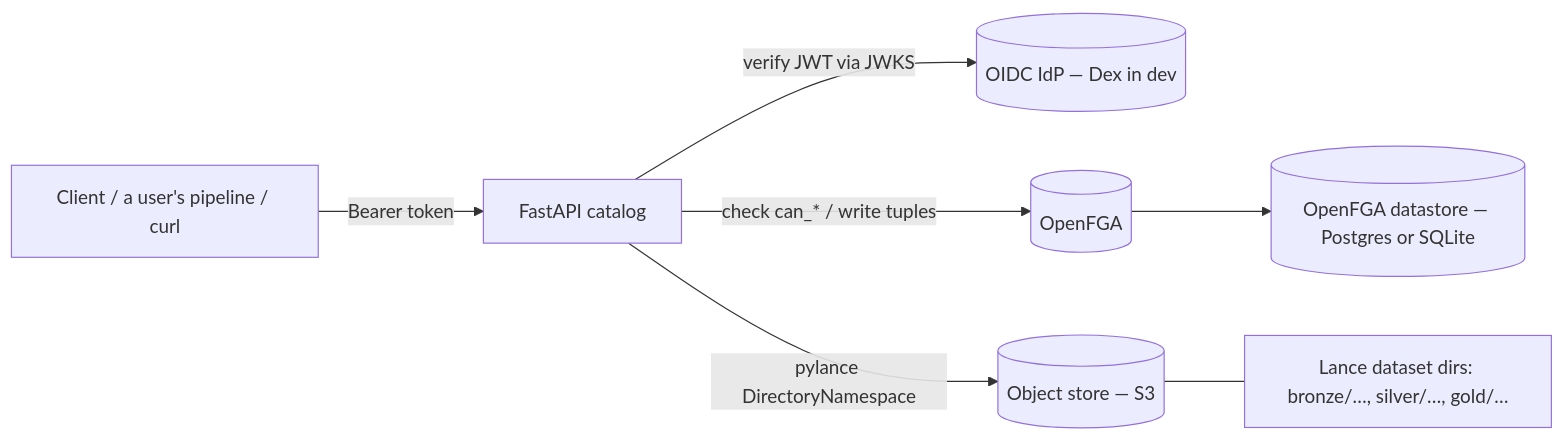
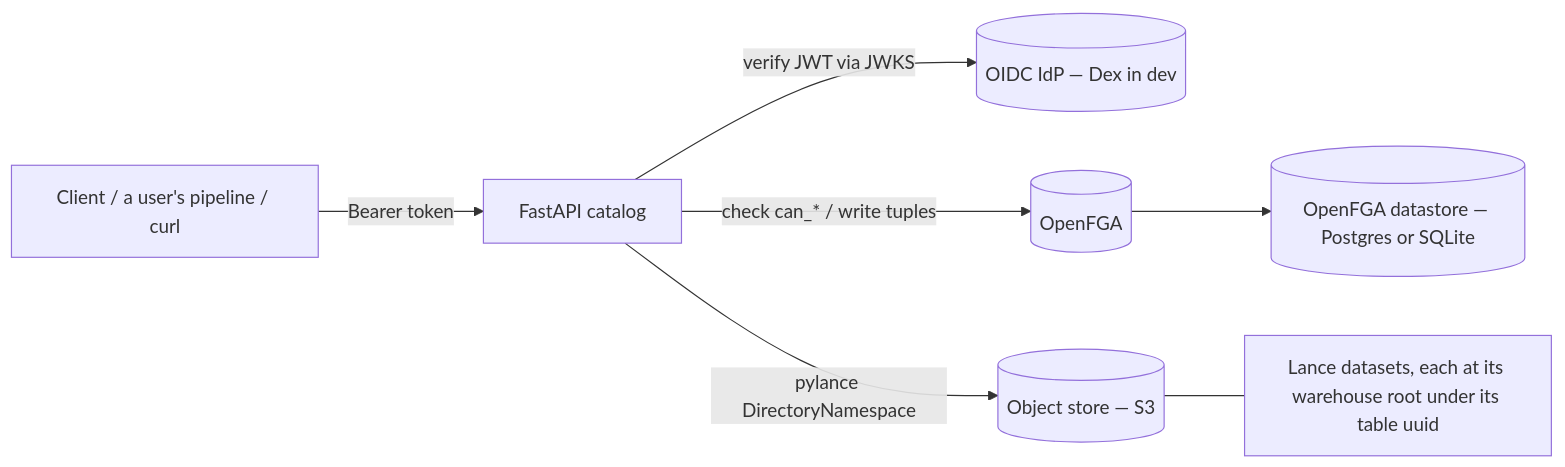
Before and after one commit to AI-Riksarkivet/rask: the first of 2 diagrams in docs/ARCHITECTURE.md, drawn with Mermaid. The commit also changed other lines of this file and 16 other files, not shown here.

````diff
--- a/docs/ARCHITECTURE.md
+++ b/docs/ARCHITECTURE.md
@@ -94,9 +94,9 @@
 ```mermaid
 flowchart LR
   C[Client / a user's pipeline / curl] -->|Bearer token| API[FastAPI catalog]
   API -->|verify JWT via JWKS| DEX[(OIDC IdP — Dex in dev)]
   API -->|check can_* / write tuples| FGA[(OpenFGA)]
   FGA --> PG[(OpenFGA datastore — Postgres or SQLite)]
   API -->|pylance DirectoryNamespace| OS[(Object store — S3)]
-  OS --- L[Lance dataset dirs: bronze/…, silver/…, gold/…]
+  OS --- L[Lance datasets, each at its warehouse root under its table uuid]
 ```
````
